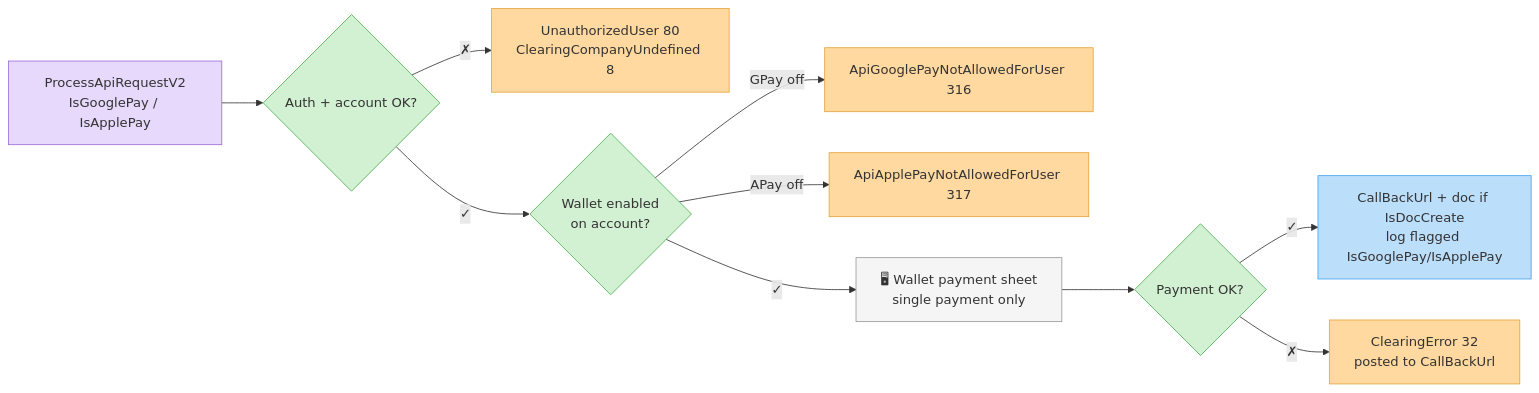
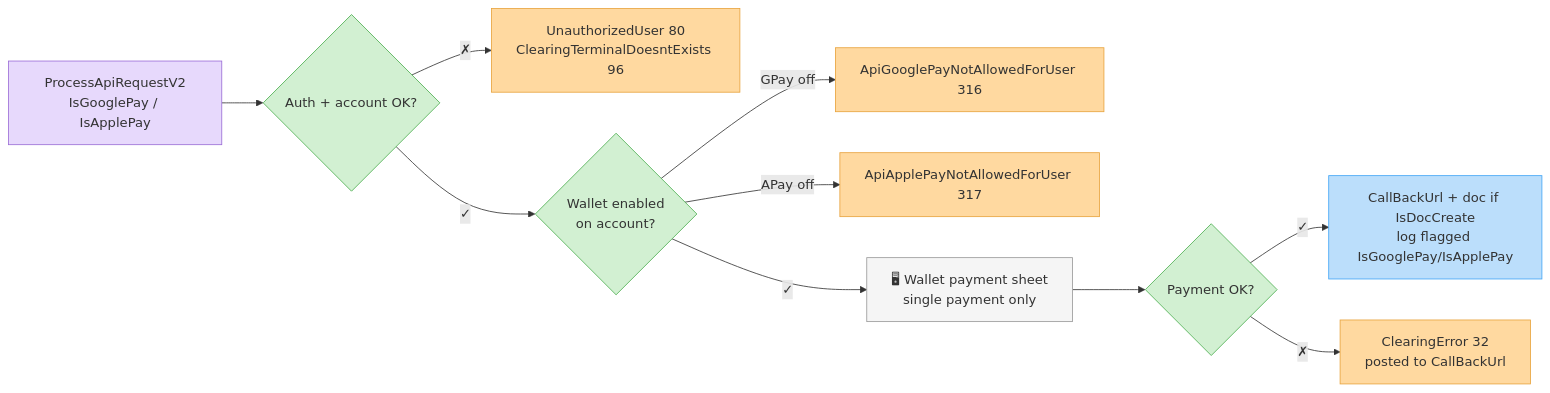
Before and after one commit to invoice4udev-hue/i4u-docs: the second of 2 diagrams in clearing/alternative-payment-methods.md, drawn with Mermaid. The commit also changed other lines of this file and 11 other files, not shown here.

````diff
--- a/clearing/alternative-payment-methods.md
+++ b/clearing/alternative-payment-methods.md
@@ -66,18 +66,18 @@
 ```mermaid
 flowchart LR
     classDef step fill:#E7D9FC,stroke:#9B6DD6,color:#333
     classDef dec fill:#D2F0D2,stroke:#4CAF50,color:#333
     classDef err fill:#FFD9A0,stroke:#E8A33D,color:#333
     classDef cb fill:#BBDEFB,stroke:#42A5F5,color:#333
     classDef page fill:#F5F5F5,stroke:#999,color:#333
 
     A[ProcessApiRequestV2<br/>IsGooglePay / IsApplePay]:::step --> B{Auth + account OK?}:::dec
-    B -- ✗ --> E1[UnauthorizedUser 80<br/>ClearingCompanyUndefined 8]:::err
+    B -- ✗ --> E1[UnauthorizedUser 80<br/>ClearingTerminalDoesntExists 96]:::err
     B -- ✓ --> C{Wallet enabled<br/>on account?}:::dec
     C -- "GPay off" --> E2[ApiGooglePayNotAllowedForUser 316]:::err
     C -- "APay off" --> E3[ApiApplePayNotAllowedForUser 317]:::err
     C -- ✓ --> D[🖥 Wallet payment sheet<br/>single payment only]:::page
     D --> F{Payment OK?}:::dec
     F -- ✓ --> G[CallBackUrl + doc if IsDocCreate<br/>log flagged IsGooglePay/IsApplePay]:::cb
     F -- ✗ --> H[ClearingError 32<br/>posted to CallBackUrl]:::err
 ```
````
